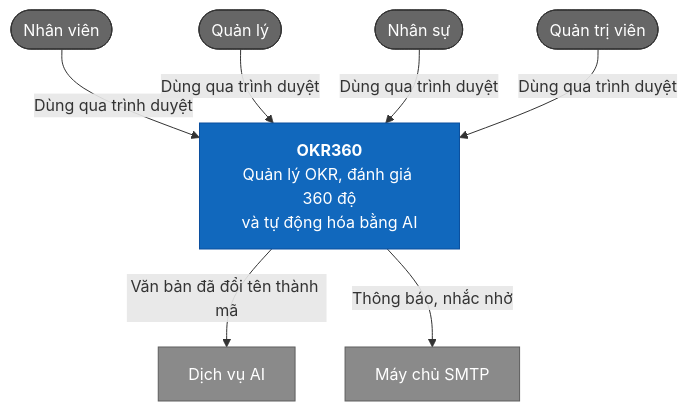
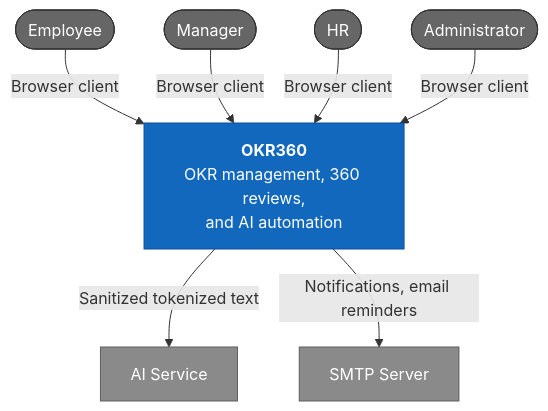
The second of 5 diagrams in README.md (Akaza-ban/OCK-360), drawn with Mermaid before and after one commit. The commit also changed other lines of this file and 24 other files, not shown here.

````diff
--- a/README.md
+++ b/README.md
@@ -263,21 +263,21 @@
 ```mermaid
 flowchart TB
-    employee(["Nhân viên"])
-    manager(["Quản lý"])
-    hr(["Nhân sự"])
-    admin(["Quản trị viên"])
-    okr360["<b>OKR360</b><br/>Quản lý OKR, đánh giá 360 độ<br/>và tự động hóa bằng AI"]
-    ai["Dịch vụ AI"]
-    smtp["Máy chủ SMTP"]
+    employee(["Employee"])
+    manager(["Manager"])
+    hr(["HR"])
+    admin(["Administrator"])
+    okr360["<b>OKR360</b><br/>OKR management, 360 reviews,<br/>and AI automation"]
+    ai["AI Service"]
+    smtp["SMTP Server"]
 
-    employee & manager & hr & admin -->|"Dùng qua trình duyệt"| okr360
-    okr360 -->|"Văn bản đã đổi tên thành mã"| ai
-    okr360 -->|"Thông báo, nhắc nhở"| smtp
+    employee & manager & hr & admin -->|"Browser client"| okr360
+    okr360 -->|"Sanitized tokenized text"| ai
+    okr360 -->|"Notifications, email reminders"| smtp
 
     classDef actor fill:#666,color:#fff,stroke:#333
     classDef system fill:#1168bd,color:#fff,stroke:#0b4f9e
     classDef external fill:#8a8a8a,color:#fff,stroke:#5e5e5e
     class employee,manager,hr,admin actor
     class okr360 system
     class ai,smtp external
 ```
````
